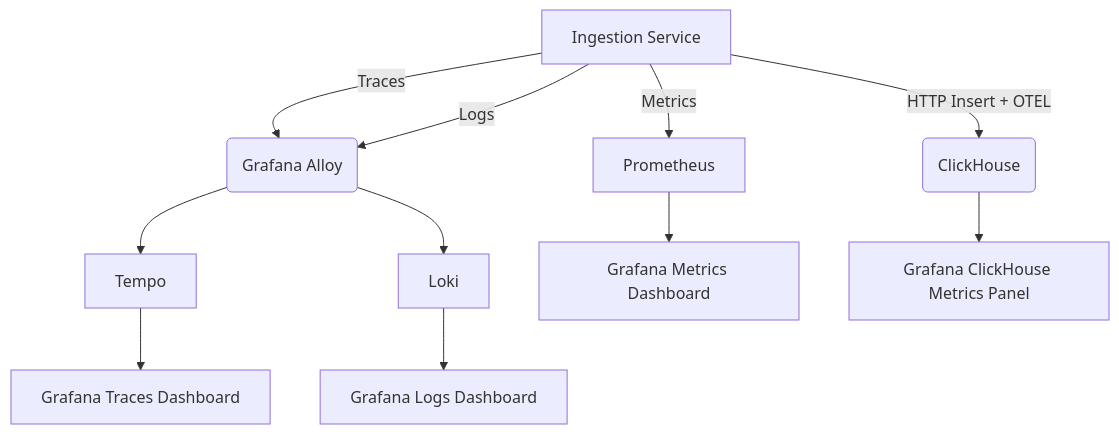
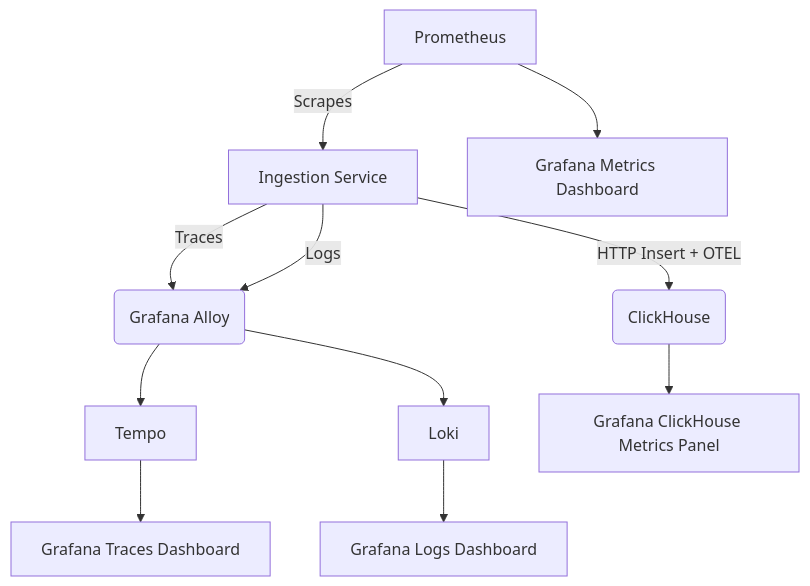
The first of 2 diagrams in README.md (florita1/clickhouse-observability-platform), drawn with Mermaid before and after one commit. The commit also changed other lines of this file, not shown here.

Commit message:
change prom flow direction

````diff
--- a/README.md
+++ b/README.md
@@ -317,13 +317,13 @@
 ```mermaid
 graph TD
 A[Ingestion Service] -->|HTTP Insert + OTEL| B(ClickHouse)
 A -->|Traces| C(Grafana Alloy)
 A -->|Logs| C
 C --> D[Tempo]
 C --> E[Loki]
-A -->|Metrics| F[Prometheus]
+F[Prometheus] -->|Scrapes| A
 F --> G[Grafana Metrics Dashboard]
 E --> H[Grafana Logs Dashboard]
 D --> I[Grafana Traces Dashboard]
 B --> J[Grafana ClickHouse Metrics Panel]
 ```
````
